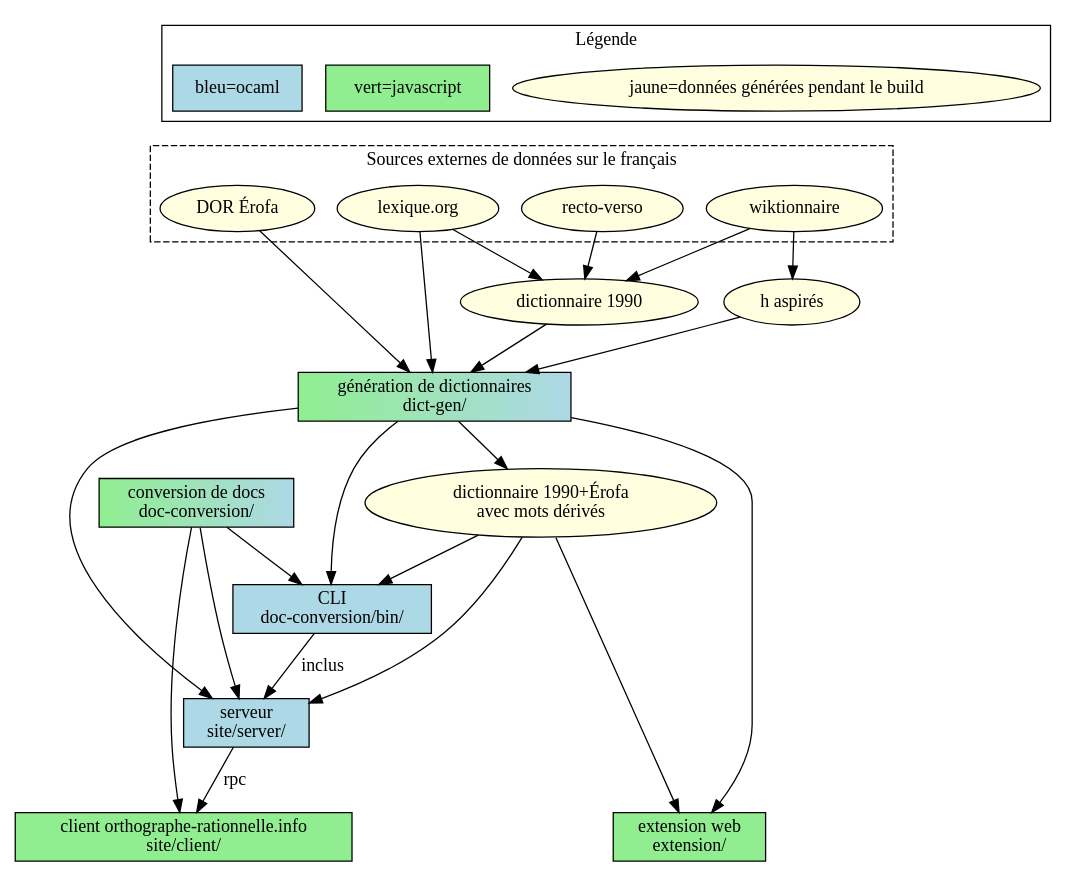
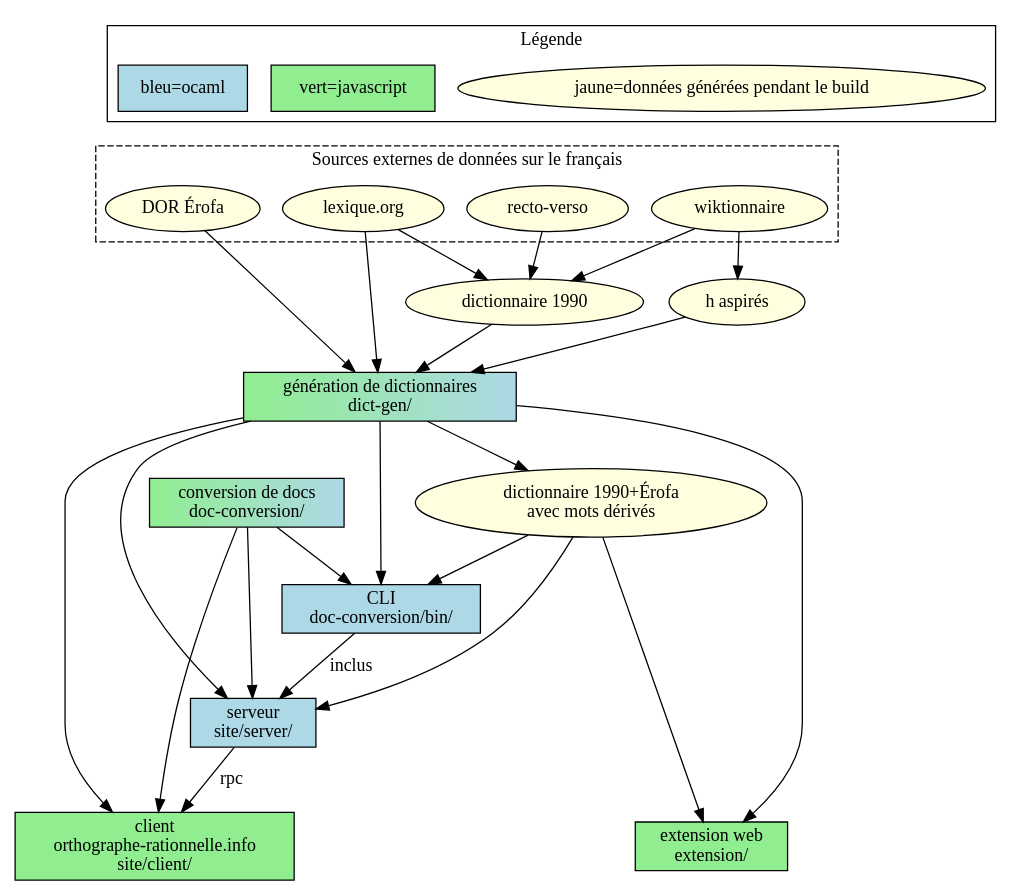
One commit to v-gb/ortografe changed the diagram in flow.dot. Above: the diagram before and after it, drawn with Graphviz. The commit also changed 1 other file, not shown here.

```diff
--- a/flow.dot
+++ b/flow.dot
@@ -1,48 +1,46 @@
 digraph {
     subgraph cluster_legend {
         label="Légende"
         rank=same;
         zz[label="jaune=données générées pendant le build" style=filled fillcolor="lightyellow"];
         zz2[label="vert=javascript" shape=box style=filled fillcolor="lightgreen"];
         zz3[label="bleu=ocaml" shape=box style=filled fillcolor="lightblue"];
     }
     subgraph cluster_inputs {
         label="Sources externes de données sur le français";
         style=dashed;
         rank=same;
         "recto-verso"[URL="https://uclouvain.be/recto-verso/essaie-recto.html" style=filled fillcolor=lightyellow];
         lexique[label="lexique.org" URL="http://lexique.org" style=filled fillcolor=lightyellow];
         wiktionnaire[label="wiktionnaire" URL="https://fr.wiktionary.org/" style=filled fillcolor=lightyellow];
         "DOR Érofa"[URL="https://gitlab.com/erofa/coorte/-/blob/main/DOR/DOR.csv" style=filled fillcolor=lightyellow];
         zz3->"DOR Érofa"[style=invis];
     }
     "h aspirés"[style=filled fillcolor=lightyellow];
     "dictionnaire 1990"[style=filled fillcolor=lightyellow];
     dicterofa[style=filled fillcolor=lightyellow label="dictionnaire 1990+Érofa\navec mots dérivés"];
     conv[label="conversion de docs\ndoc-conversion/" shape=box style=filled fillcolor="lightgreen:lightblue"];
     dictgen[label="génération de dictionnaires\ndict-gen/" shape=box style=filled fillcolor="lightgreen:lightblue"];
     cli[label="CLI\ndoc-conversion/bin/" shape=box style=filled fillcolor="lightblue"];
     serveur[label="serveur\nsite/server/" shape=box style=filled fillcolor="lightblue"];
     subgraph outputs {
         rank=same;
         webextension[label="extension web\nextension/" URL="https://addons.mozilla.org/fr/firefox/addon/orthographe-rationnelle/" shape=box style=filled fillcolor="lightgreen"];
-        client[label="client orthographe-rationnelle.info\nsite/client/" URL="https://orthographe-rationnelle.info" shape=box style=filled fillcolor="lightgreen"];
+        client[label="client\northographe-rationnelle.info\nsite/client/" URL="https://orthographe-rationnelle.info" shape=box style=filled fillcolor="lightgreen"];
     }
-
 
     wiktionnaire -> "h aspirés";
 
     { wiktionnaire "recto-verso" lexique } -> "dictionnaire 1990";
 
     { "dictionnaire 1990" "DOR Érofa" lexique "h aspirés" } -> dictgen;
     dictgen -> dicterofa;
 
     dictgen -> webextension;
     dicterofa -> { webextension cli serveur };
 
-    conv -> { serveur cli };
-    dictgen -> { serveur cli };
+    conv -> { client serveur cli };
+    dictgen -> { client serveur cli };
     cli -> serveur [label=inclus];
-    conv -> client;
     serveur -> client [label=rpc];
 }
```
